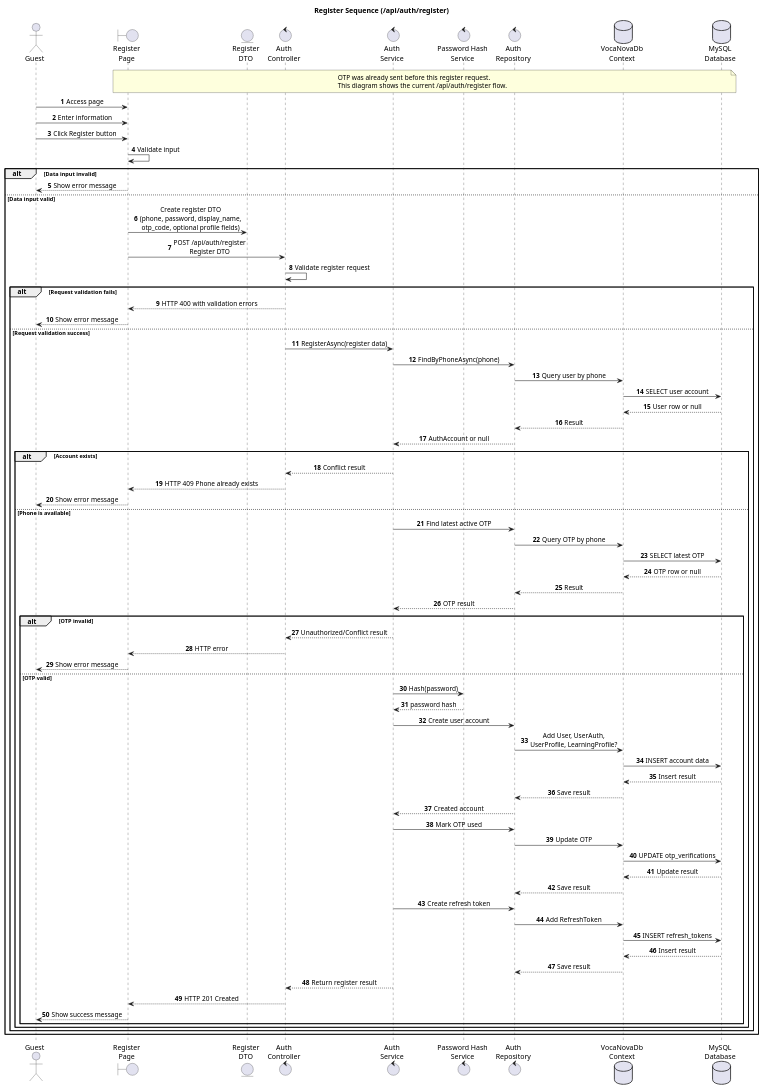
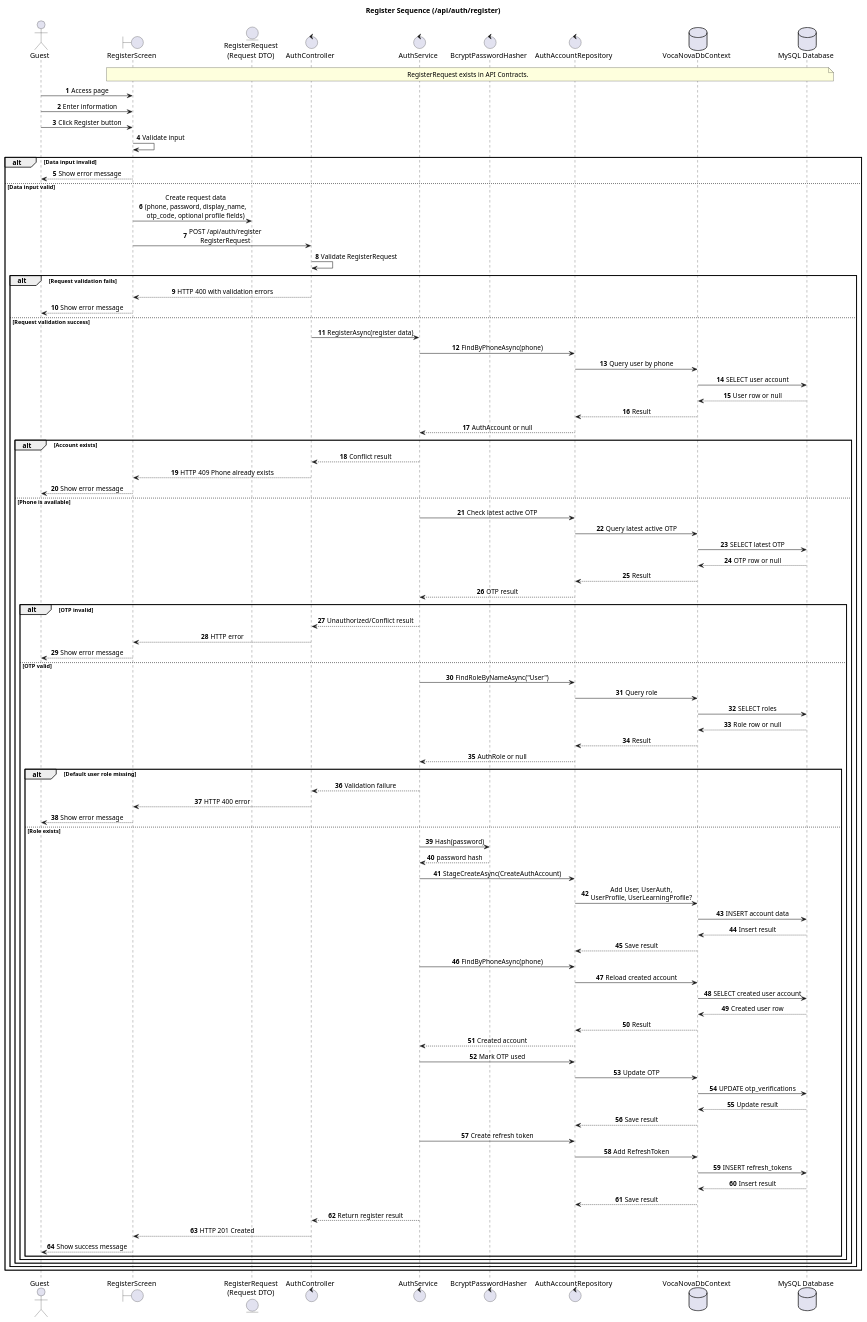
Before and after one commit to thisIsCenx04/VocaNova: the diagram in docs/diagrams/auth-register-sequence.puml, drawn with PlantUML. The commit also changed 4 other files, not shown here.

Commit message:
fix/auth-sequences

```diff
--- a/docs/diagrams/auth-register-sequence.puml
+++ b/docs/diagrams/auth-register-sequence.puml
@@ -1,93 +1,111 @@
 @startuml
 title Register Sequence (/api/auth/register)
 
 autonumber
 skinparam responseMessageBelowArrow true
 skinparam sequenceMessageAlign center
 
 actor Guest
-boundary "Register\nPage" as RegisterPage
-entity "Register\nDTO" as RegisterDto
-control "Auth\nController" as AuthController
-control "Auth\nService" as AuthService
-control "Password Hash\nService" as PasswordHashService
-control "Auth\nRepository" as AuthRepository
-database "VocaNovaDb\nContext" as DbContext
-database "MySQL\nDatabase" as MySQL
+boundary "RegisterScreen" as RegisterScreen
+entity "RegisterRequest\n(Request DTO)" as RegisterRequest
+control "AuthController" as AuthController
+control "AuthService" as AuthService
+control "BcryptPasswordHasher" as PasswordHasher
+control "AuthAccountRepository" as AuthAccountRepository
+database "VocaNovaDbContext" as DbContext
+database "MySQL Database" as MySQL
 
-note over RegisterPage, MySQL
-OTP was already sent before this register request.
-This diagram shows the current /api/auth/register flow.
+note over RegisterScreen, MySQL
+RegisterRequest exists in API Contracts.
 end note
 
-Guest -> RegisterPage: Access page
-Guest -> RegisterPage: Enter information
-Guest -> RegisterPage: Click Register button
-RegisterPage -> RegisterPage: Validate input
+Guest -> RegisterScreen: Access page
+Guest -> RegisterScreen: Enter information
+Guest -> RegisterScreen: Click Register button
+RegisterScreen -> RegisterScreen: Validate input
 
 alt Data input invalid
-    RegisterPage --> Guest: Show error message
+    RegisterScreen --> Guest: Show error message
 else Data input valid
-    RegisterPage -> RegisterDto: Create register DTO\n(phone, password, display_name,\notp_code, optional profile fields)
-    RegisterPage -> AuthController: POST /api/auth/register\nRegister DTO
-    AuthController -> AuthController: Validate register request
+    RegisterScreen -> RegisterRequest: Create request data\n(phone, password, display_name,\notp_code, optional profile fields)
+    RegisterScreen -> AuthController: POST /api/auth/register\nRegisterRequest
+    AuthController -> AuthController: Validate RegisterRequest
 
     alt Request validation fails
-        AuthController --> RegisterPage: HTTP 400 with validation errors
-        RegisterPage --> Guest: Show error message
+        AuthController --> RegisterScreen: HTTP 400 with validation errors
+        RegisterScreen --> Guest: Show error message
     else Request validation success
         AuthController -> AuthService: RegisterAsync(register data)
-        AuthService -> AuthRepository: FindByPhoneAsync(phone)
-        AuthRepository -> DbContext: Query user by phone
+        AuthService -> AuthAccountRepository: FindByPhoneAsync(phone)
+        AuthAccountRepository -> DbContext: Query user by phone
         DbContext -> MySQL: SELECT user account
         MySQL --> DbContext: User row or null
-        DbContext --> AuthRepository: Result
-        AuthRepository --> AuthService: AuthAccount or null
+        DbContext --> AuthAccountRepository: Result
+        AuthAccountRepository --> AuthService: AuthAccount or null
 
         alt Account exists
             AuthService --> AuthController: Conflict result
-            AuthController --> RegisterPage: HTTP 409 Phone already exists
-            RegisterPage --> Guest: Show error message
+            AuthController --> RegisterScreen: HTTP 409 Phone already exists
+            RegisterScreen --> Guest: Show error message
         else Phone is available
-            AuthService -> AuthRepository: Find latest active OTP
-            AuthRepository -> DbContext: Query OTP by phone
+            AuthService -> AuthAccountRepository: Check latest active OTP
+            AuthAccountRepository -> DbContext: Query latest active OTP
             DbContext -> MySQL: SELECT latest OTP
             MySQL --> DbContext: OTP row or null
-            DbContext --> AuthRepository: Result
-            AuthRepository --> AuthService: OTP result
+            DbContext --> AuthAccountRepository: Result
+            AuthAccountRepository --> AuthService: OTP result
 
             alt OTP invalid
                 AuthService --> AuthController: Unauthorized/Conflict result
-                AuthController --> RegisterPage: HTTP error
-                RegisterPage --> Guest: Show error message
+                AuthController --> RegisterScreen: HTTP error
+                RegisterScreen --> Guest: Show error message
             else OTP valid
-                AuthService -> PasswordHashService: Hash(password)
-                PasswordHashService --> AuthService: password hash
-                AuthService -> AuthRepository: Create user account
-                AuthRepository -> DbContext: Add User, UserAuth,\nUserProfile, LearningProfile?
-                DbContext -> MySQL: INSERT account data
-                MySQL --> DbContext: Insert result
-                DbContext --> AuthRepository: Save result
-                AuthRepository --> AuthService: Created account
+                AuthService -> AuthAccountRepository: FindRoleByNameAsync("User")
+                AuthAccountRepository -> DbContext: Query role
+                DbContext -> MySQL: SELECT roles
+                MySQL --> DbContext: Role row or null
+                DbContext --> AuthAccountRepository: Result
+                AuthAccountRepository --> AuthService: AuthRole or null
 
-                AuthService -> AuthRepository: Mark OTP used
-                AuthRepository -> DbContext: Update OTP
-                DbContext -> MySQL: UPDATE otp_verifications
-                MySQL --> DbContext: Update result
-                DbContext --> AuthRepository: Save result
+                alt Default user role missing
+                    AuthService --> AuthController: Validation failure
+                    AuthController --> RegisterScreen: HTTP 400 error
+                    RegisterScreen --> Guest: Show error message
+                else Role exists
+                    AuthService -> PasswordHasher: Hash(password)
+                    PasswordHasher --> AuthService: password hash
+                    AuthService -> AuthAccountRepository: StageCreateAsync(CreateAuthAccount)
+                    AuthAccountRepository -> DbContext: Add User, UserAuth,\nUserProfile, UserLearningProfile?
+                    DbContext -> MySQL: INSERT account data
+                    MySQL --> DbContext: Insert result
+                    DbContext --> AuthAccountRepository: Save result
 
-                AuthService -> AuthRepository: Create refresh token
-                AuthRepository -> DbContext: Add RefreshToken
-                DbContext -> MySQL: INSERT refresh_tokens
-                MySQL --> DbContext: Insert result
-                DbContext --> AuthRepository: Save result
+                    AuthService -> AuthAccountRepository: FindByPhoneAsync(phone)
+                    AuthAccountRepository -> DbContext: Reload created account
+                    DbContext -> MySQL: SELECT created user account
+                    MySQL --> DbContext: Created user row
+                    DbContext --> AuthAccountRepository: Result
+                    AuthAccountRepository --> AuthService: Created account
 
-                AuthService --> AuthController: Return register result
-                AuthController --> RegisterPage: HTTP 201 Created
-                RegisterPage --> Guest: Show success message
+                    AuthService -> AuthAccountRepository: Mark OTP used
+                    AuthAccountRepository -> DbContext: Update OTP
+                    DbContext -> MySQL: UPDATE otp_verifications
+                    MySQL --> DbContext: Update result
+                    DbContext --> AuthAccountRepository: Save result
+
+                    AuthService -> AuthAccountRepository: Create refresh token
+                    AuthAccountRepository -> DbContext: Add RefreshToken
+                    DbContext -> MySQL: INSERT refresh_tokens
+                    MySQL --> DbContext: Insert result
+                    DbContext --> AuthAccountRepository: Save result
+
+                    AuthService --> AuthController: Return register result
+                    AuthController --> RegisterScreen: HTTP 201 Created
+                    RegisterScreen --> Guest: Show success message
+                end
             end
         end
     end
 end
 
 @enduml
```
